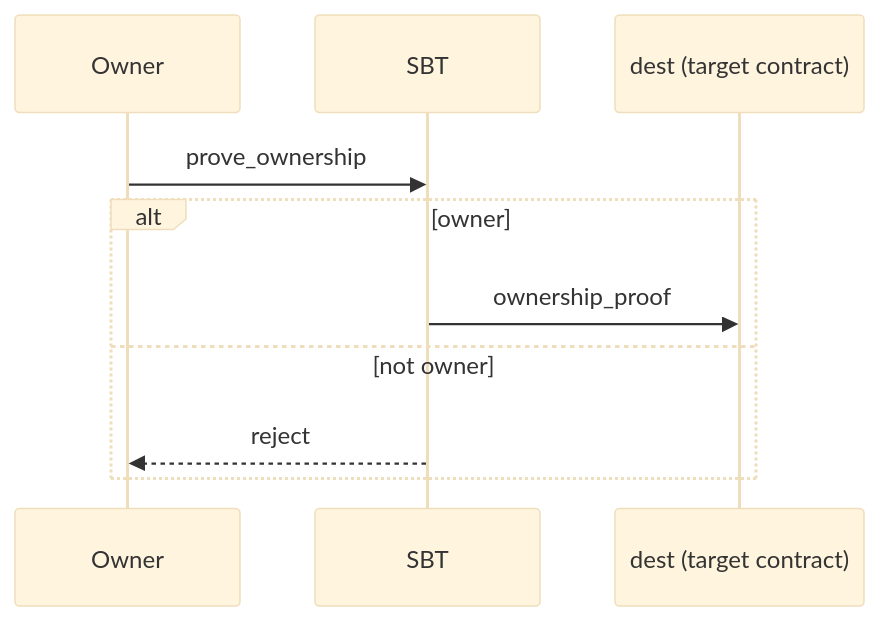
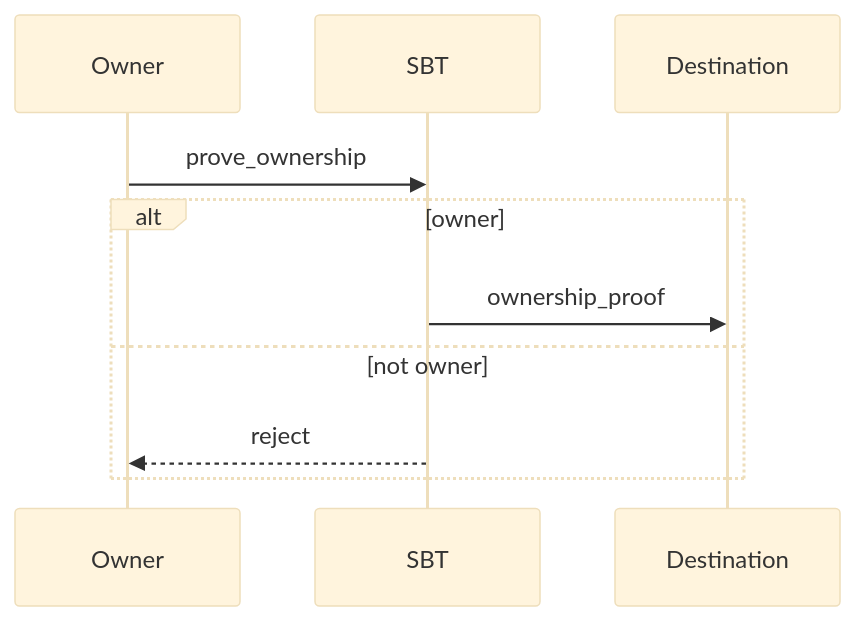
Before and after one commit to ton-org/docs: the first of 4 diagrams in standard/tokens/nft/sbt.mdx, drawn with Mermaid (base theme). The commit also changed other lines of this file, not shown here.

````diff
--- a/standard/tokens/nft/sbt.mdx
+++ b/standard/tokens/nft/sbt.mdx
@@ -52,13 +48,13 @@
 ```mermaid
 sequenceDiagram
   participant U as Owner
   participant S as SBT
-  participant D as dest (target contract)
+  participant D as Destination
 
   U->>S: prove_ownership
   alt owner
     S->>D: ownership_proof
   else not owner
     S-->>U: reject
   end
 ```
````
